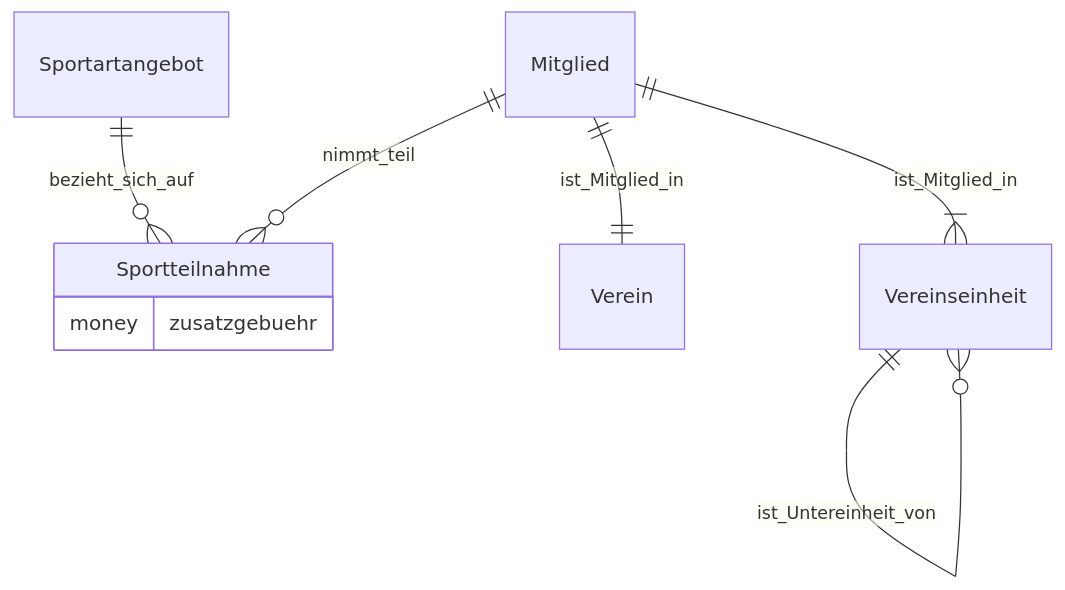
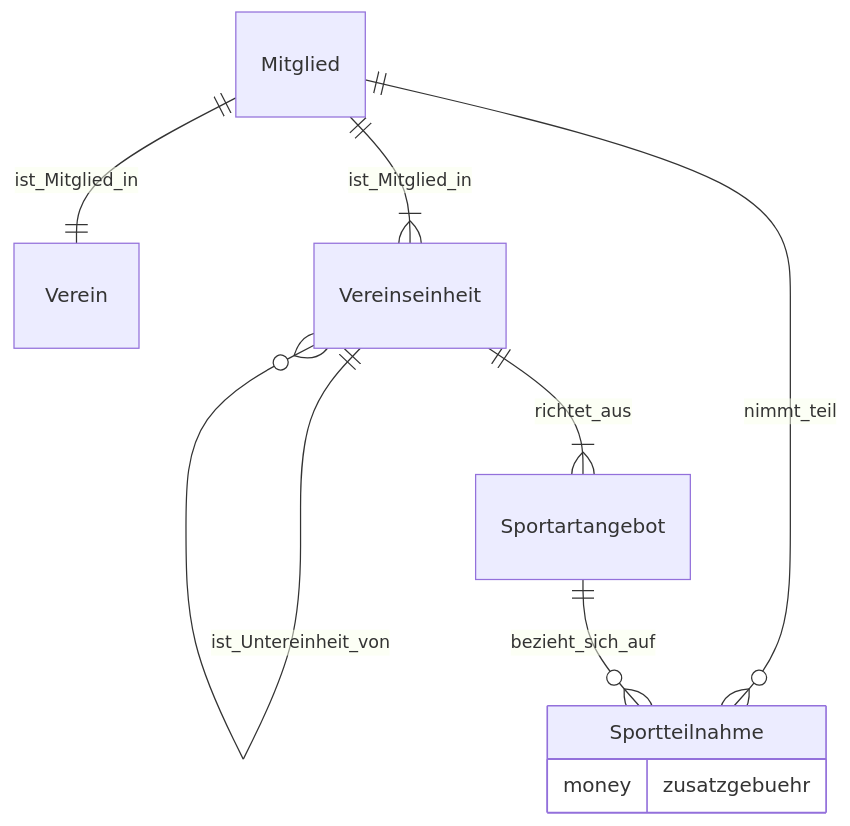
The diagram in documentation/datamodel.md (Lehrstuhl-BWL-EvIS/sportyweb), drawn with Mermaid before and after one commit.

Commit message:
Revised datamodel.md

````diff
--- a/documentation/datamodel.md
+++ b/documentation/datamodel.md
@@ -22,11 +22,12 @@
 ```mermaid
 erDiagram
-	Mitglied ||--o{ Sportteilnahme : nimmt_teil
+	Mitglied ||--|| Verein : ist_Mitglied_in
+	Mitglied ||--|{ Vereinseinheit : ist_Mitglied_in
+    Vereinseinheit ||--o{ Vereinseinheit : ist_Untereinheit_von
+    Mitglied ||--o{ Sportteilnahme : nimmt_teil
 	Sportartangebot ||--o{ Sportteilnahme : bezieht_sich_auf
 	Sportteilnahme {
 		money zusatzgebuehr
 	}
-	Mitglied ||--|| Verein : ist_Mitglied_in
-	Mitglied ||--|{ Vereinseinheit : ist_Mitglied_in
-  Vereinseinheit ||--o{ Vereinseinheit : ist_Untereinheit_von
+	Vereinseinheit ||--|{ Sportartangebot : richtet_aus
 ```
````
